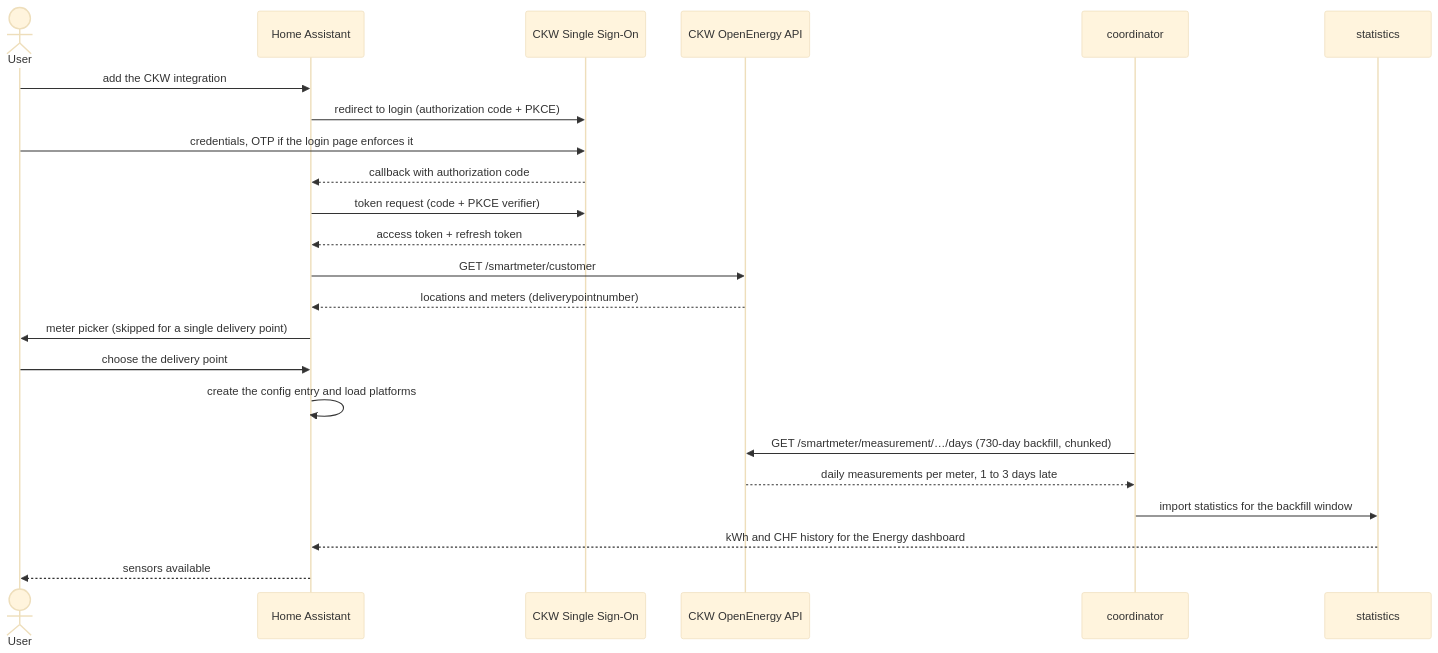
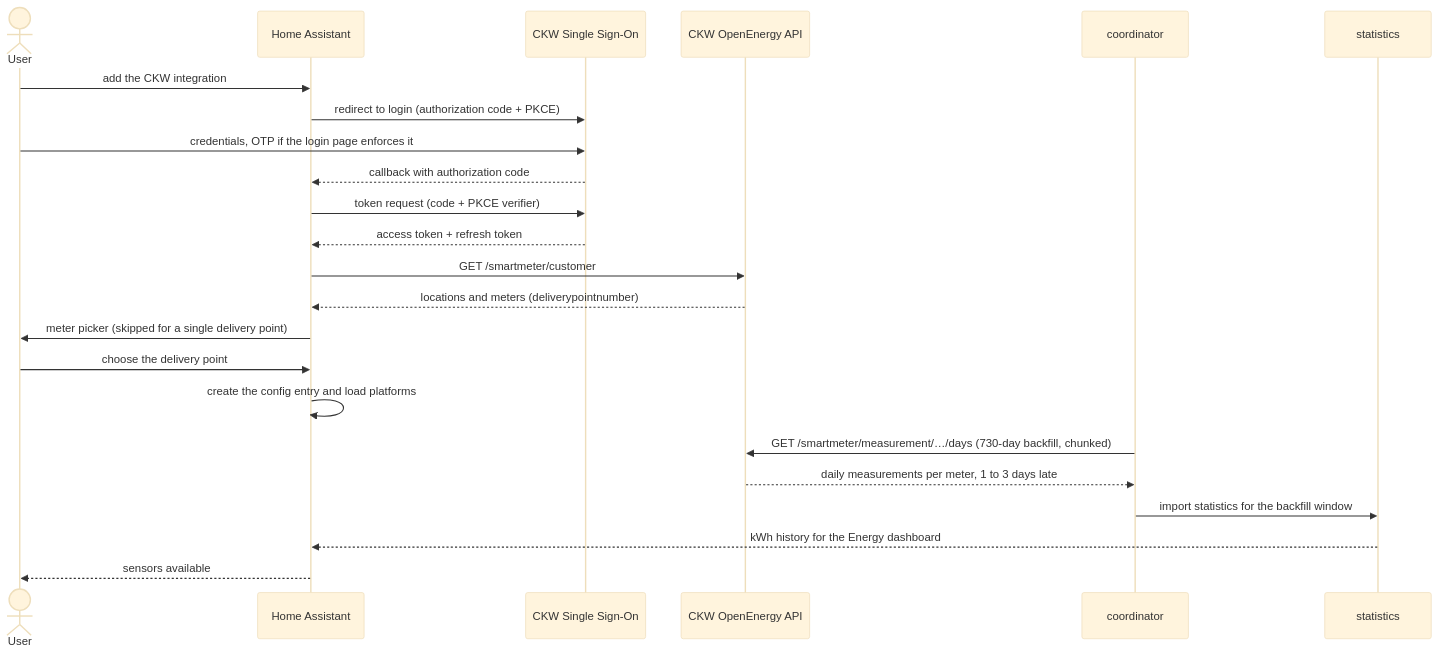
Before and after one commit to Maladus/ha-ckw-smartmeter: the second of 2 diagrams in docs/explanation/architecture.md, drawn with Mermaid (base theme). The commit also changed other lines of this file and 12 other files, not shown here.

````diff
--- a/docs/explanation/architecture.md
+++ b/docs/explanation/architecture.md
@@ -69,25 +69,25 @@
 ```mermaid
 sequenceDiagram
     actor U as User
     participant HA as Home Assistant
     participant SSO as CKW Single Sign-On
     participant API as CKW OpenEnergy API
     participant CO as coordinator
     participant ST as statistics
     U->>HA: add the CKW integration
     HA->>SSO: redirect to login (authorization code + PKCE)
     U->>SSO: credentials, OTP if the login page enforces it
     SSO-->>HA: callback with authorization code
     HA->>SSO: token request (code + PKCE verifier)
     SSO-->>HA: access token + refresh token
     HA->>API: GET /smartmeter/customer
     API-->>HA: locations and meters (deliverypointnumber)
     HA->>U: meter picker (skipped for a single delivery point)
     U->>HA: choose the delivery point
     HA->>HA: create the config entry and load platforms
     CO->>API: GET /smartmeter/measurement/…/days (730-day backfill, chunked)
     API-->>CO: daily measurements per meter, 1 to 3 days late
     CO->>ST: import statistics for the backfill window
-    ST-->>HA: kWh and CHF history for the Energy dashboard
+    ST-->>HA: kWh history for the Energy dashboard
     HA-->>U: sensors available
 ```
````
